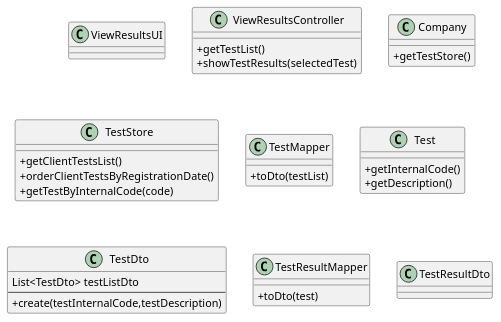
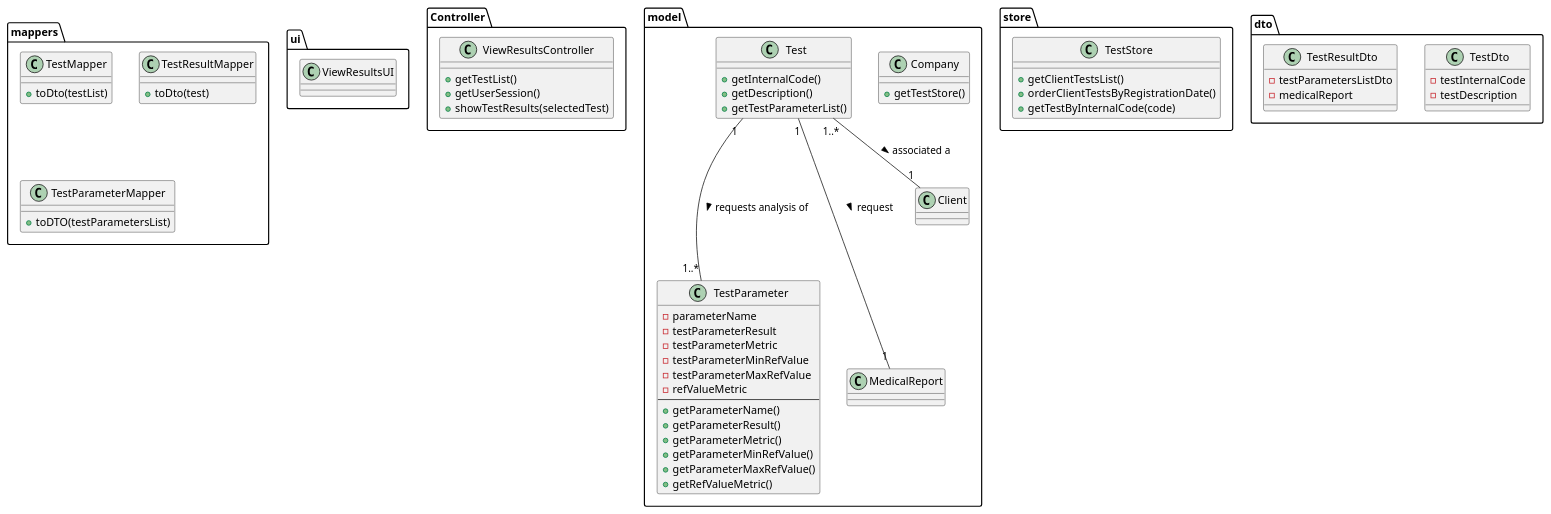
One commit to manu-07-ela/LAPR2_ISEP changed the diagram in docs/SprintD/US01/US1_CD.puml. Above: the diagram before and after it, drawn with PlantUML. The commit also changed 6 other files, not shown here.

```diff
--- a/docs/SprintD/US01/US1_CD.puml
+++ b/docs/SprintD/US01/US1_CD.puml
@@ -1,41 +1,87 @@
 @startuml
-skinparam classAttributeIconSize 0
 
+
+package ui {
 class ViewResultsUI{}
+}
 
+package Controller{
 class ViewResultsController{
 +getTestList()
++getUserSession()
 +showTestResults(selectedTest)
 }
+}
 
+package model{
 class Company{
 +getTestStore()
 }
+class Test{
++getInternalCode()
++getDescription()
++getTestParameterList()
+}
+class TestParameter{
+-parameterName
+-testParameterResult
+-testParameterMetric
+-testParameterMinRefValue
+-testParameterMaxRefValue
+-refValueMetric
+--
++getParameterName()
++getParameterResult()
++getParameterMetric()
++getParameterMinRefValue()
++getParameterMaxRefValue()
++getRefValueMetric()
+}
+class MedicalReport{}
+class Client{}
+}
 
+
+
+package store{
 class TestStore{
 +getClientTestsList()
 +orderClientTestsByRegistrationDate()
 +getTestByInternalCode(code)
 }
+}
 
+package mappers{
 class TestMapper{
 +toDto(testList)
 }
-
-class Test{
-+getInternalCode()
-+getDescription()
-}
-
-class TestDto{
-List<TestDto> testListDto
---
-+create(testInternalCode,testDescription)
-}
-
 class TestResultMapper{
 +toDto(test)
 }
+class TestParameterMapper {
++toDTO(testParametersList)
+}
+}
 
-class TestResultDto{}
+
+package dto{
+class TestDto{
+-testInternalCode
+-testDescription
+}
+class TestResultDto{
+-testParametersListDto
+-medicalReport
+}
+}
+
+
+Test "1..*" -- "1" Client : associated a >
+Test "1" ---"1" MedicalReport : request >
+Test "1" ---"1..*" TestParameter : requests analysis of >
+
+
+
+
+
 @enduml
```
